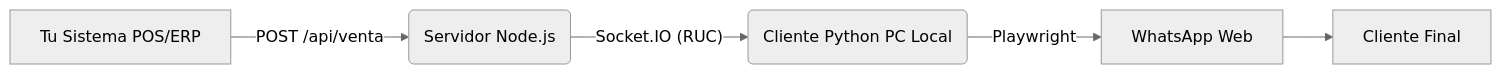
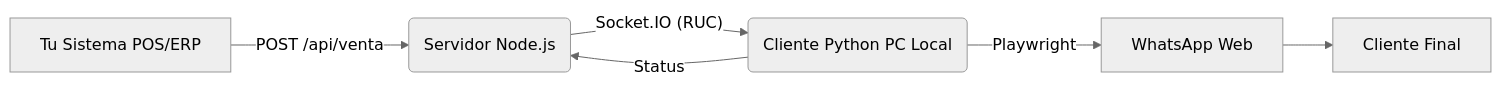
The diagram in README.md (sergiozegarracorne/control-wha), drawn with Mermaid (neutral theme) before and after one commit. The commit also changed other lines of this file and 8 other files, not shown here.

````diff
--- a/README.md
+++ b/README.md
@@ -38,7 +43,8 @@
 ```mermaid
 graph LR
     POS[Tu Sistema POS/ERP] -- POST /api/venta --> SERVER(Servidor Node.js)
     SERVER -- Socket.IO (RUC) --> CLIENT(Cliente Python PC Local)
     CLIENT -- Playwright --> WHA[WhatsApp Web]
     WHA --> USER[Cliente Final]
+    CLIENT -- Status --> SERVER
 ```
````
